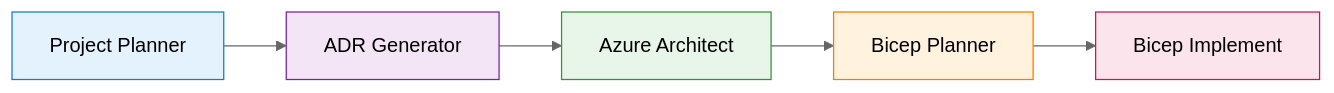
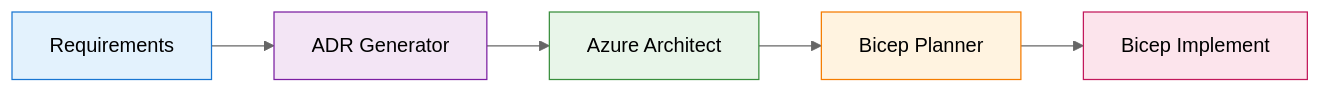
The second of 2 diagrams in docs/getting-started/learning-paths.md (SmitaCnovate/azure-agentic-infraops), drawn with Mermaid before and after one commit. The commit also changed other lines of this file and 30 other files, not shown here.

````diff
--- a/docs/getting-started/learning-paths.md
+++ b/docs/getting-started/learning-paths.md
@@ -226,14 +226,14 @@
 ```mermaid
 %%{init: {'theme':'neutral'}}%%
 flowchart LR
-    A["Project Planner"] --> B["ADR Generator"]
+    A["Requirements"] --> B["ADR Generator"]
     B --> C["Azure Architect"]
     C --> D["Bicep Planner"]
     D --> E["Bicep Implement"]
 
     style A fill:#e3f2fd,stroke:#1976d2
     style B fill:#f3e5f5,stroke:#7b1fa2
     style C fill:#e8f5e9,stroke:#388e3c
     style D fill:#fff3e0,stroke:#f57c00
     style E fill:#fce4ec,stroke:#c2185b
 ```
````
